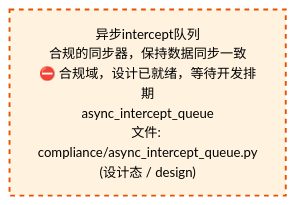
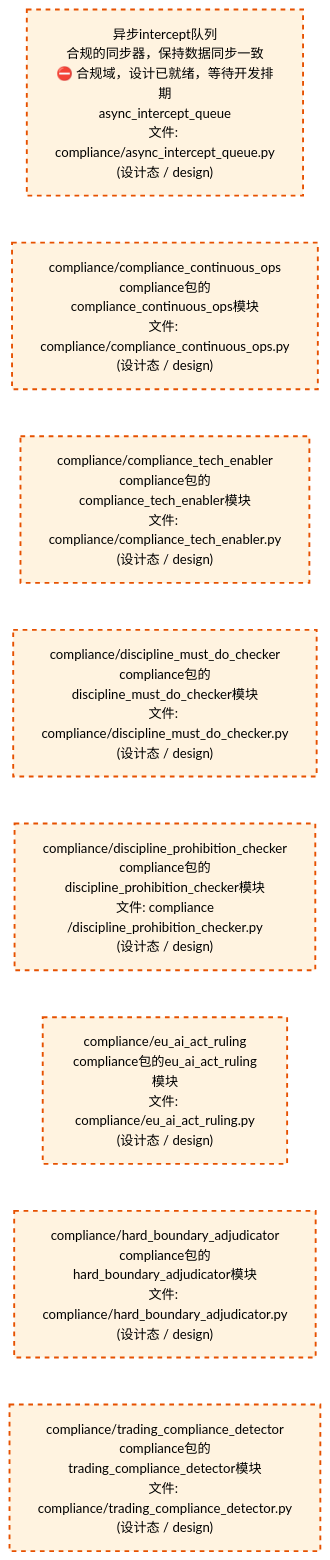
One commit to xuanFelixVan/ZephyrAlpha changed the third of 4 diagrams in docs/02_enterprise_architecture/02_domain_architecture_docs/38_d_compliance.md. Above: the diagram before and after it, drawn with Mermaid. The commit also changed other lines of this file and 8 other files, not shown here.

````diff
--- a/docs/02_enterprise_architecture/02_domain_architecture_docs/38_d_compliance.md
+++ b/docs/02_enterprise_architecture/02_domain_architecture_docs/38_d_compliance.md
@@ -109,10 +123,24 @@
 ```mermaid
 %%{init: {'theme': 'base', 'themeVariables': {'primaryColor': '#eaeaea', 'primaryTextColor': '#333333', 'primaryBorderColor': '#666666', 'lineColor': '#666666', 'secondaryColor': '#eaeaea', 'tertiaryColor': '#eaeaea', 'fontSize': '14px'}}}%%
 flowchart TD
     src_zephyr_compliance_async_intercept_queue_py["异步intercept队列<br/>合规的同步器，保持数据同步一致<br/>⛔ 合规域，设计已就绪，等待开发排期<br/>async_intercept_queue<br/>文件: compliance/async_intercept_queue.py<br/>(设计态 / design)"]
+    src_zephyr_compliance_compliance_continuous_ops_py["compliance/compliance_continuous_ops<br/>compliance包的compliance_continuous_ops模块<br/>文件: compliance/compliance_continuous_ops.py<br/>(设计态 / design)"]
+    src_zephyr_compliance_compliance_tech_enabler_py["compliance/compliance_tech_enabler<br/>compliance包的compliance_tech_enabler模块<br/>文件: compliance/compliance_tech_enabler.py<br/>(设计态 / design)"]
+    src_zephyr_compliance_discipline_must_do_checker_py["compliance/discipline_must_do_checker<br/>compliance包的discipline_must_do_checker模块<br/>文件: compliance/discipline_must_do_checker.py<br/>(设计态 / design)"]
+    src_zephyr_compliance_discipline_prohibition_checker_py["compliance/discipline_prohibition_checker<br/>compliance包的discipline_prohibition_checker模块<br/>文件: compliance<br/>/discipline_prohibition_checker.py<br/>(设计态 / design)"]
+    src_zephyr_compliance_eu_ai_act_ruling_py["compliance/eu_ai_act_ruling<br/>compliance包的eu_ai_act_ruling模块<br/>文件: compliance/eu_ai_act_ruling.py<br/>(设计态 / design)"]
+    src_zephyr_compliance_hard_boundary_adjudicator_py["compliance/hard_boundary_adjudicator<br/>compliance包的hard_boundary_adjudicator模块<br/>文件: compliance/hard_boundary_adjudicator.py<br/>(设计态 / design)"]
+    src_zephyr_compliance_trading_compliance_detector_py["compliance/trading_compliance_detector<br/>compliance包的trading_compliance_detector模块<br/>文件: compliance/trading_compliance_detector.py<br/>(设计态 / design)"]
+    src_zephyr_compliance_async_intercept_queue_py ~~~ src_zephyr_compliance_compliance_continuous_ops_py
+    src_zephyr_compliance_compliance_continuous_ops_py ~~~ src_zephyr_compliance_compliance_tech_enabler_py
+    src_zephyr_compliance_compliance_tech_enabler_py ~~~ src_zephyr_compliance_discipline_must_do_checker_py
+    src_zephyr_compliance_discipline_must_do_checker_py ~~~ src_zephyr_compliance_discipline_prohibition_checker_py
+    src_zephyr_compliance_discipline_prohibition_checker_py ~~~ src_zephyr_compliance_eu_ai_act_ruling_py
+    src_zephyr_compliance_eu_ai_act_ruling_py ~~~ src_zephyr_compliance_hard_boundary_adjudicator_py
+    src_zephyr_compliance_hard_boundary_adjudicator_py ~~~ src_zephyr_compliance_trading_compliance_detector_py
     classDef production fill:#e1f5fe,stroke:#01579b,stroke-width:2px,color:#000
     classDef design fill:#fff3e0,stroke:#e65100,stroke-width:2px,color:#000,stroke-dasharray: 5 5
     classDef external_prod fill:#e8f4fd,stroke:#0277bd,stroke-width:1px,color:#000
     classDef external_design fill:#fff8e7,stroke:#ef6c00,stroke-width:1px,color:#000,stroke-dasharray: 5 5
-    class src_zephyr_compliance_async_intercept_queue_py design
+    class src_zephyr_compliance_async_intercept_queue_py,src_zephyr_compliance_compliance_continuous_ops_py,src_zephyr_compliance_compliance_tech_enabler_py,src_zephyr_compliance_discipline_must_do_checker_py,src_zephyr_compliance_discipline_prohibition_checker_py,src_zephyr_compliance_eu_ai_act_ruling_py,src_zephyr_compliance_hard_boundary_adjudicator_py,src_zephyr_compliance_trading_compliance_detector_py design
 ```
````
